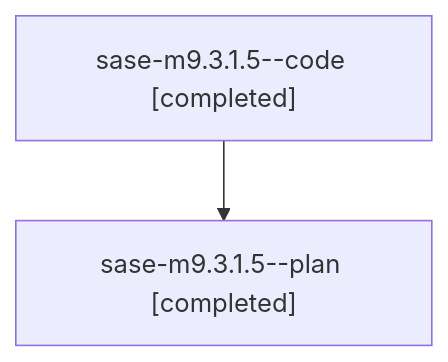
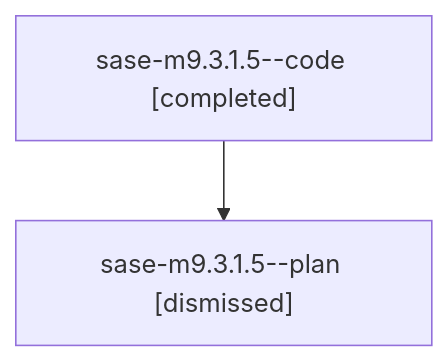
One commit to sase-org/sase--agents changed the diagram in families/bbugyi200.athena.sase-m9.3.1.5.md. Above: the diagram before and after it, drawn with Mermaid. The commit also changed other lines of this file and 113 other files, not shown here.

````diff
--- a/families/bbugyi200.athena.sase-m9.3.1.5.md
+++ b/families/bbugyi200.athena.sase-m9.3.1.5.md
@@ -9,6 +9,6 @@
 ```mermaid
 flowchart TD
   n0["sase-m9.3.1.5--code [completed]"]
-  n1["sase-m9.3.1.5--plan [completed]"]
+  n1["sase-m9.3.1.5--plan [dismissed]"]
   n0 --> n1
 ```
````
